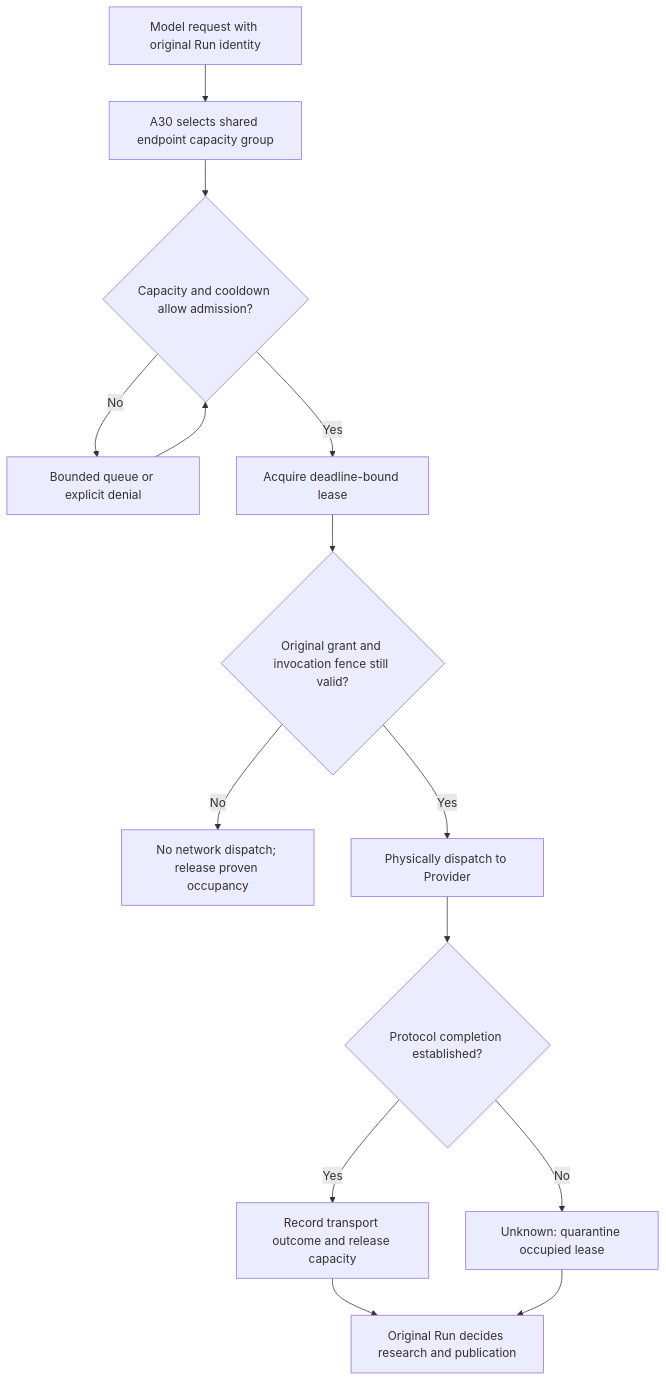
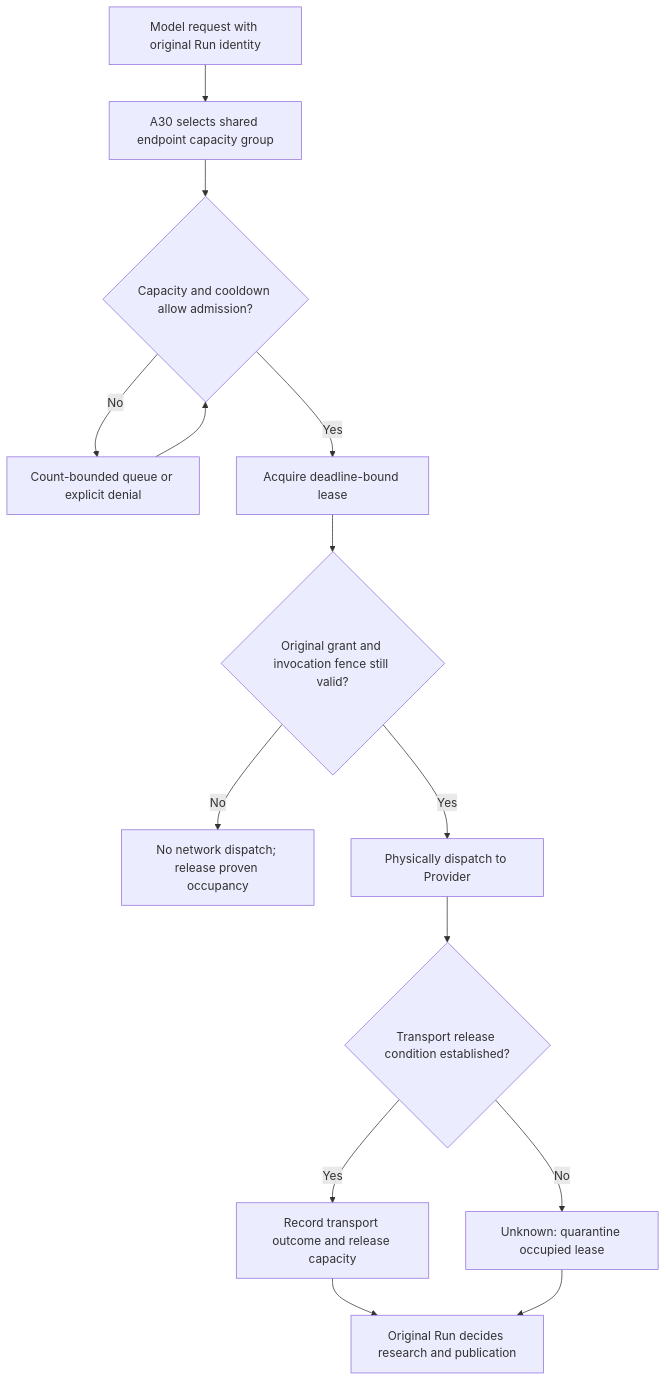
One commit to hpoenixf/eff-agent-article changed the diagram in en/articles/agent-provider-admission-capacity-lease.md. Above: the diagram before and after it, drawn with Mermaid. The commit also changed other lines of this file and 47 other files, not shown here.

````diff
--- a/en/articles/agent-provider-admission-capacity-lease.md
+++ b/en/articles/agent-provider-admission-capacity-lease.md
@@ -52,16 +56,16 @@
 ```mermaid
 flowchart TD
   A[Model request with original Run identity] --> B[A30 selects shared endpoint capacity group]
   B --> C{Capacity and cooldown allow admission?}
-  C -- No --> D[Bounded queue or explicit denial]
+  C -- No --> D[Count-bounded queue or explicit denial]
   D --> C
   C -- Yes --> E[Acquire deadline-bound lease]
   E --> F{Original grant and invocation fence still valid?}
   F -- No --> G[No network dispatch; release proven occupancy]
   F -- Yes --> H[Physically dispatch to Provider]
-  H --> I{Protocol completion established?}
+  H --> I{Transport release condition established?}
   I -- Yes --> J[Record transport outcome and release capacity]
   I -- No --> K[Unknown: quarantine occupied lease]
   J --> L[Original Run decides research and publication]
   K --> L
 ```
````
